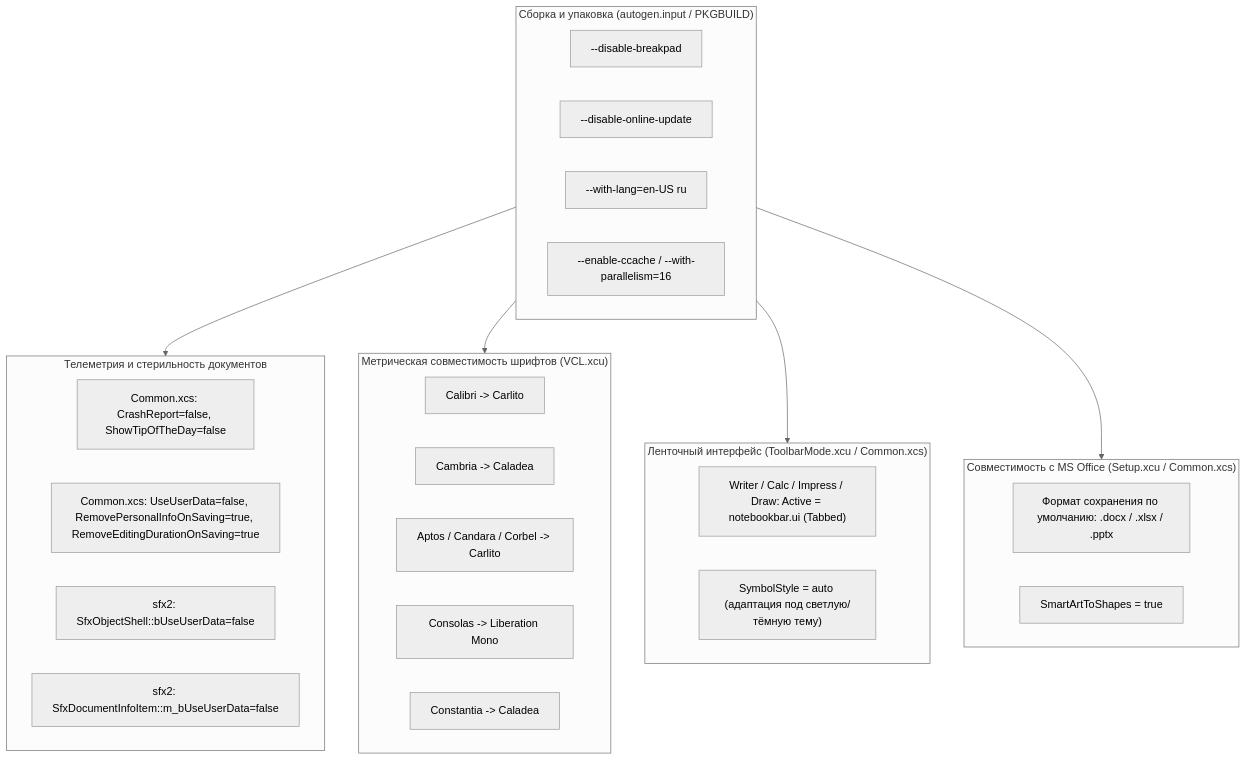
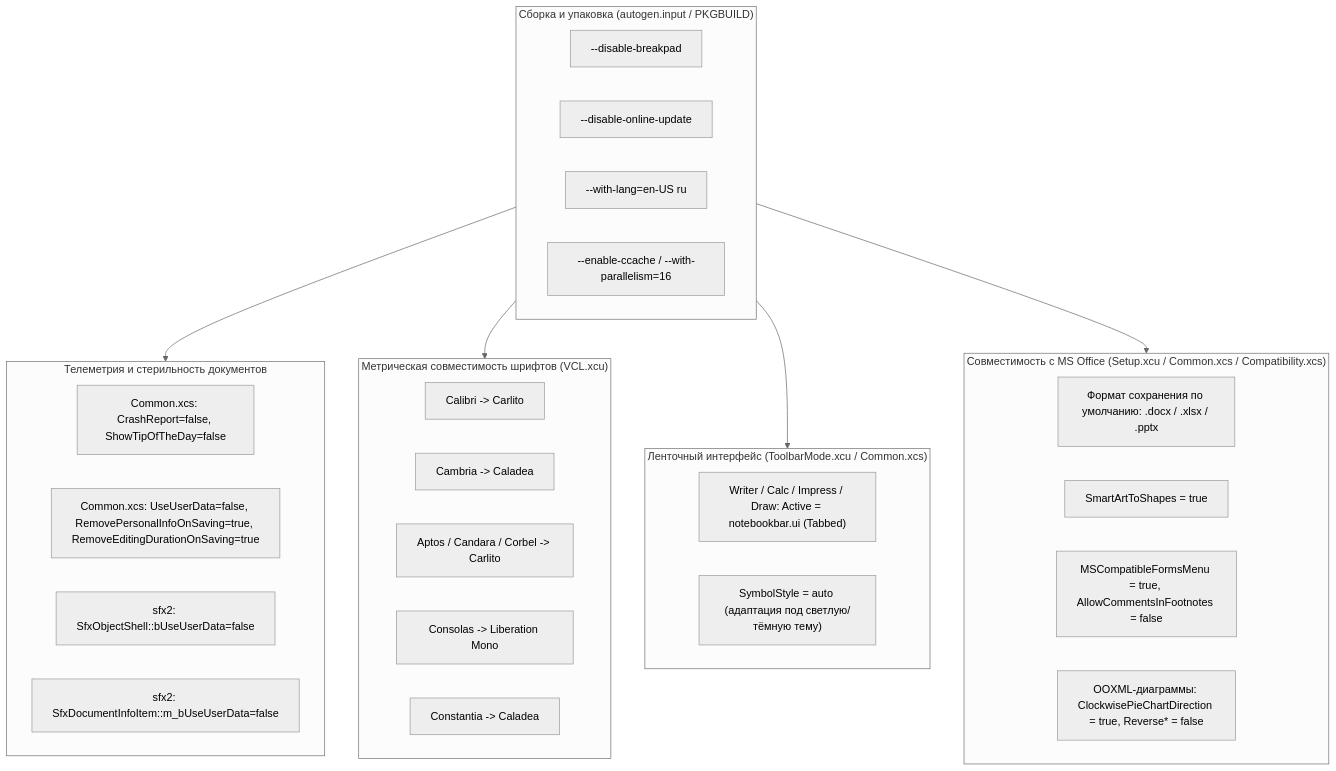
The diagram in docs/UML.md (Utkautka1/libreoffice-mscompat_-fork-), drawn with Mermaid (neutral theme) before and after one commit. The commit also changed 2 other files, not shown here.

Commit message:
feat(compat): enable OOXML chart, form menu, and footnote flags

````diff
--- a/docs/UML.md
+++ b/docs/UML.md
@@ -5,39 +5,41 @@
 ```mermaid
 flowchart TD
     subgraph Build["Сборка и упаковка (autogen.input / PKGBUILD)"]
         A1["--disable-breakpad"]
         A2["--disable-online-update"]
         A3["--with-lang=en-US ru"]
         A4["--enable-ccache / --with-parallelism=16"]
     end
 
     subgraph Privacy["Телеметрия и стерильность документов"]
         P1["Common.xcs: CrashReport=false, ShowTipOfTheDay=false"]
         P2["Common.xcs: UseUserData=false, RemovePersonalInfoOnSaving=true, RemoveEditingDurationOnSaving=true"]
         P3["sfx2: SfxObjectShell::bUseUserData=false"]
         P4["sfx2: SfxDocumentInfoItem::m_bUseUserData=false"]
     end
 
     subgraph Fonts["Метрическая совместимость шрифтов (VCL.xcu)"]
         F1["Calibri -> Carlito"]
         F2["Cambria -> Caladea"]
         F3["Aptos / Candara / Corbel -> Carlito"]
         F4["Consolas -> Liberation Mono"]
         F5["Constantia -> Caladea"]
     end
 
     subgraph UI["Ленточный интерфейс (ToolbarMode.xcu / Common.xcs)"]
         U1["Writer / Calc / Impress / Draw: Active = notebookbar.ui (Tabbed)"]
         U2["SymbolStyle = auto (адаптация под светлую/тёмную тему)"]
     end
 
-    subgraph MSCompat["Совместимость с MS Office (Setup.xcu / Common.xcs)"]
+    subgraph MSCompat["Совместимость с MS Office (Setup.xcu / Common.xcs / Compatibility.xcs)"]
         M1["Формат сохранения по умолчанию: .docx / .xlsx / .pptx"]
         M2["SmartArtToShapes = true"]
+        M3["MSCompatibleFormsMenu = true, AllowCommentsInFootnotes = false"]
+        M4["OOXML-диаграммы: ClockwisePieChartDirection = true, Reverse* = false"]
     end
 
     Build --> Privacy
     Build --> Fonts
     Build --> UI
     Build --> MSCompat
 ```
````
